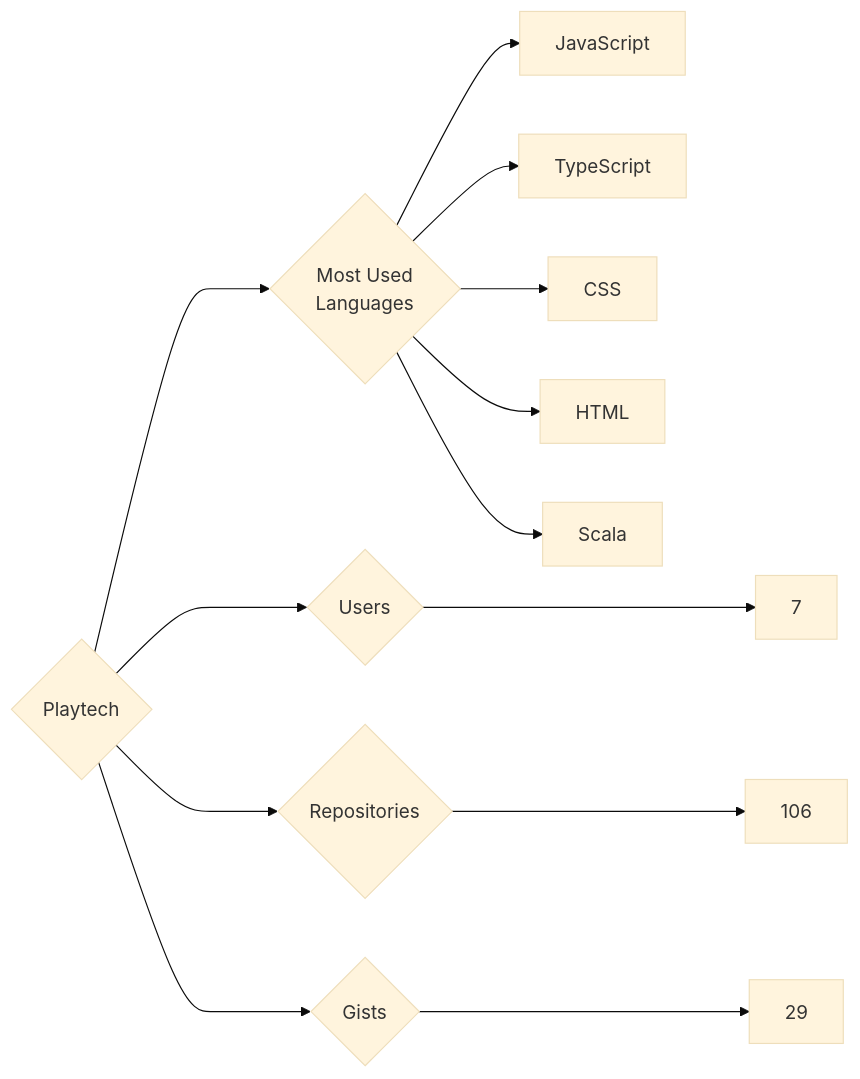
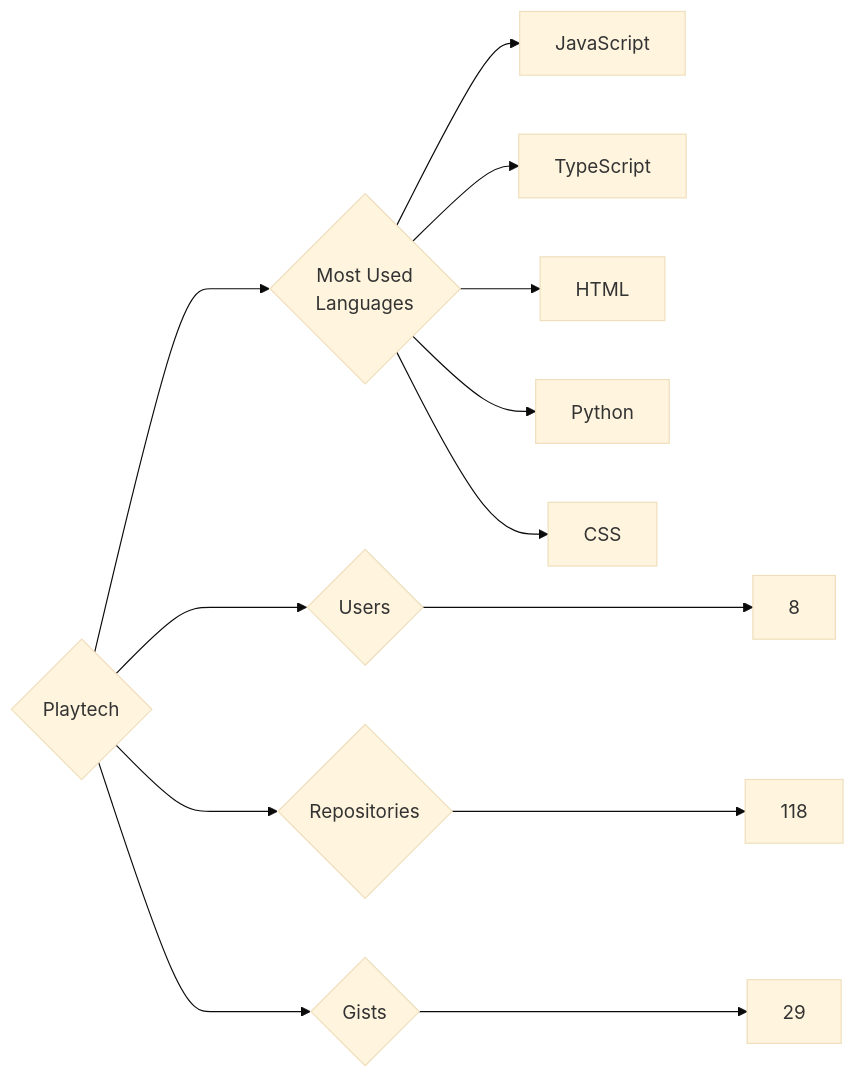
One commit to trickest/insiders changed the diagram in targets/Playtech/README.md. Above: the diagram before and after it, drawn with Mermaid (base theme). The commit also changed 1248 other files, not shown here.

````diff
--- a/targets/Playtech/README.md
+++ b/targets/Playtech/README.md
@@ -3,13 +3,13 @@
 ```mermaid
 graph LR
 COMPANY_NAME{Playtech}
-COMPANY_NAME ---> U{Users} ---> UN[7]
-COMPANY_NAME ---> R{Repositories} ---> RN[106]
+COMPANY_NAME ---> U{Users} ---> UN[8]
+COMPANY_NAME ---> R{Repositories} ---> RN[118]
 COMPANY_NAME ---> G{Gists} ---> GN[29]
 COMPANY_NAME ---> ML{Most Used<br>Languages}
 ML --> JavaScript[JavaScript]
 ML --> TypeScript[TypeScript]
+ML --> HTML[HTML]
+ML --> Python[Python]
 ML --> CSS[CSS]
-ML --> HTML[HTML]
-ML --> Scala[Scala]
 ```
````
